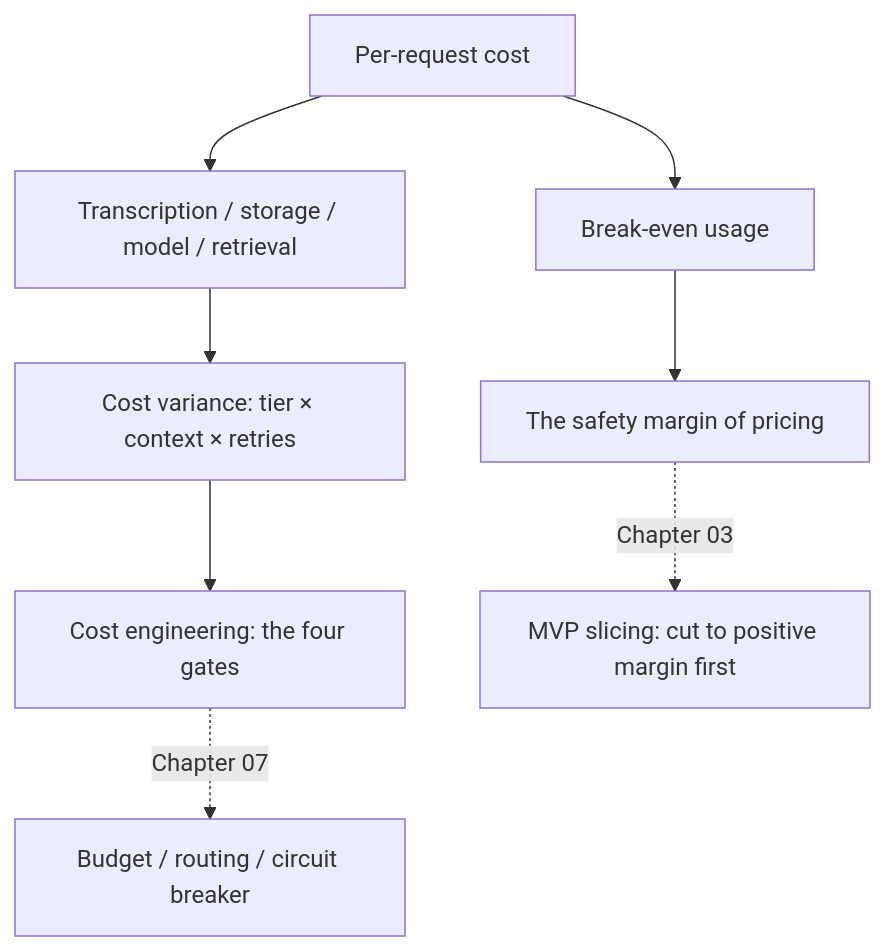
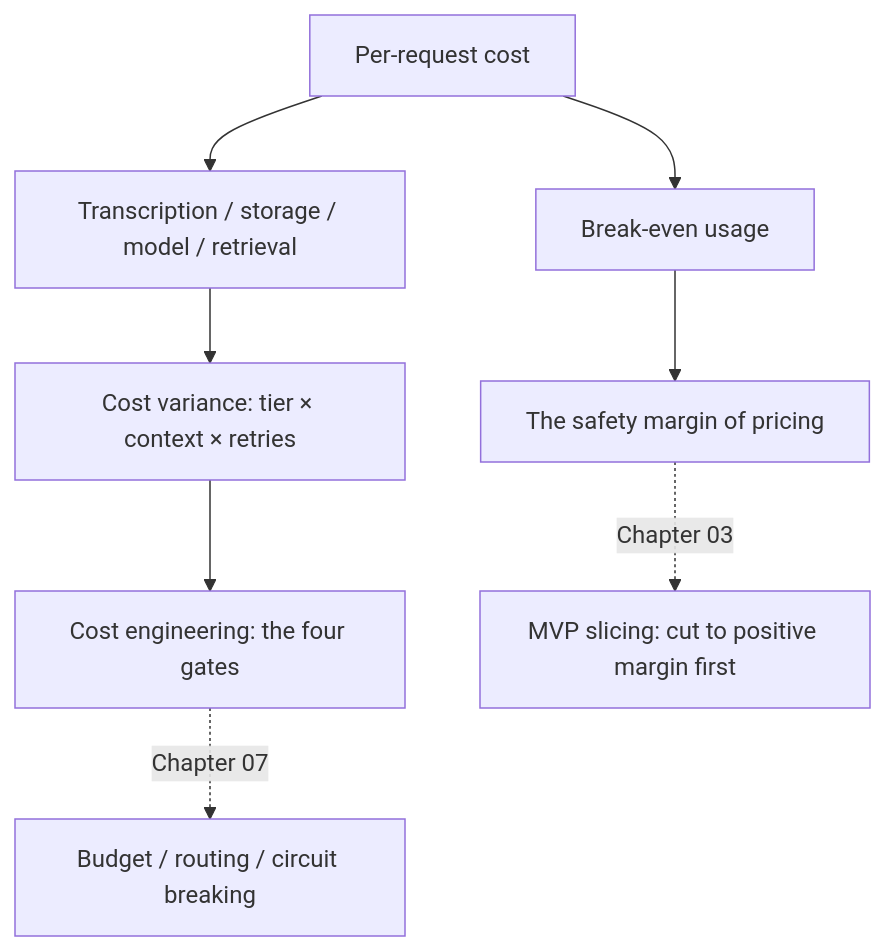
One commit to xzlxiao/vibe-coding-textbook changed the second of 2 diagrams in phase5/chapters/ch02-unit-economics.md. Above: the diagram before and after it, drawn with Mermaid. The commit also changed other lines of this file and 9 other files, not shown here.

````diff
--- a/phase5/chapters/ch02-unit-economics.md
+++ b/phase5/chapters/ch02-unit-economics.md
@@ -215,10 +215,10 @@
 ```mermaid
 flowchart TD
     A["Per-request cost"] --> B["Transcription / storage / model / retrieval"]
     B --> C["Cost variance: tier × context × retries"]
     A --> D["Break-even usage"]
     D --> E["The safety margin of pricing"]
     C --> F["Cost engineering: the four gates"]
     E -.->|"Chapter 03"| G["MVP slicing: cut to positive margin first"]
-    F -.->|"Chapter 07"| H["Budget / routing / circuit breaker"]
+    F -.->|"Chapter 07"| H["Budget / routing / circuit breaking"]
 ```
````
